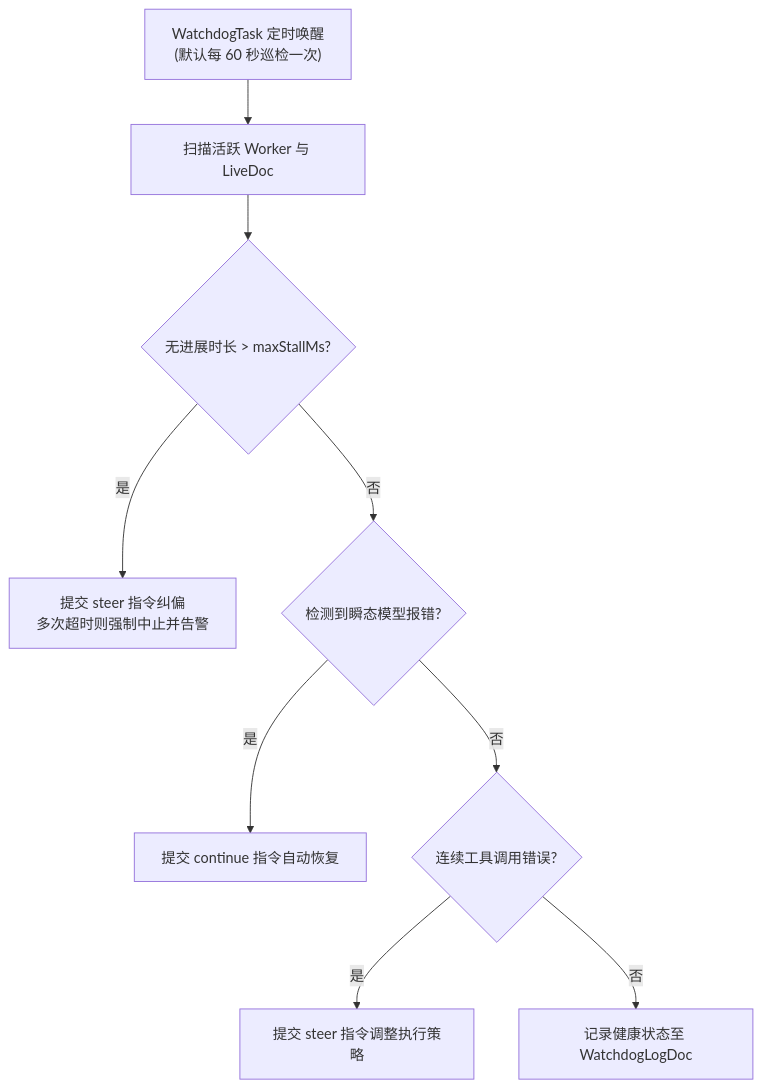
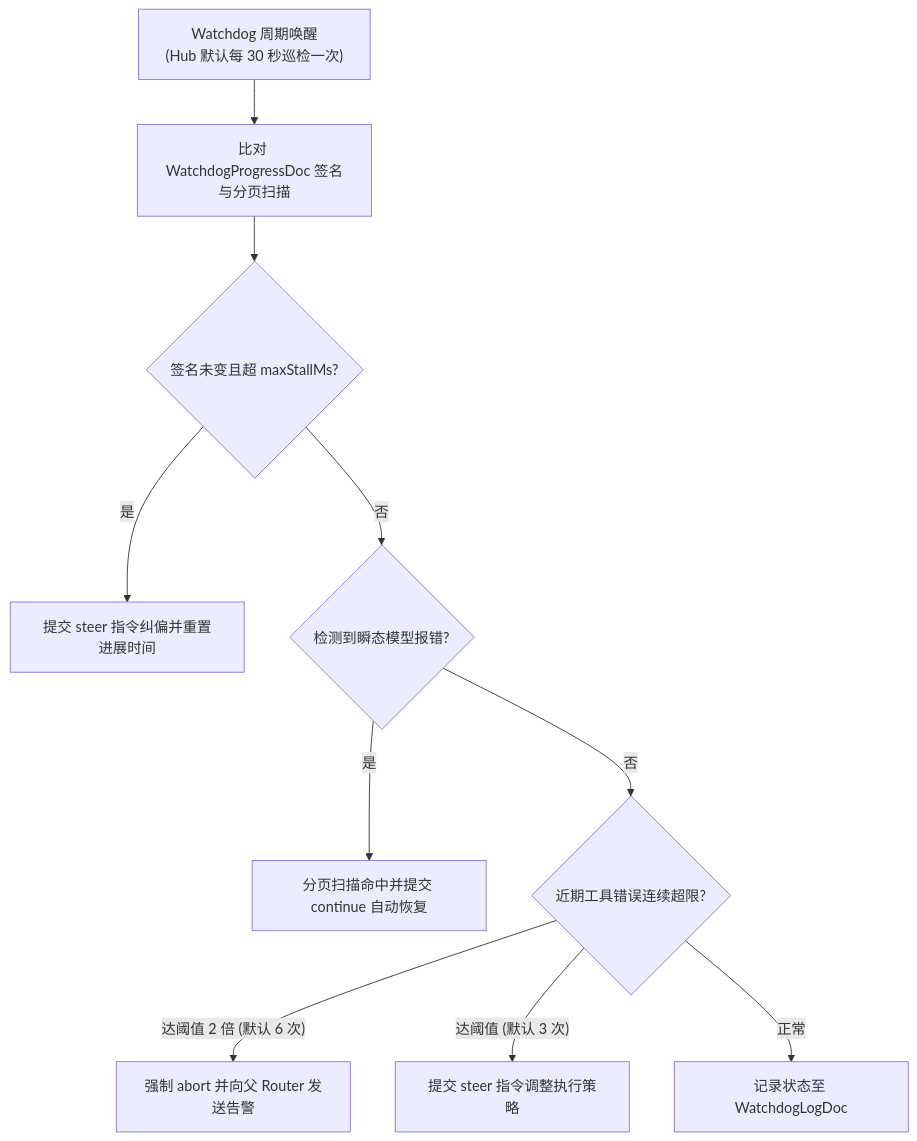
One commit to team4u/botd changed the sixth of 6 diagrams in docs/architecture.md. Above: the diagram before and after it, drawn with Mermaid. The commit also changed other lines of this file and 21 other files, not shown here.

````diff
--- a/docs/architecture.md
+++ b/docs/architecture.md
@@ -374,11 +377,12 @@
 ```mermaid
 flowchart TD
-    Timer["WatchdogTask 定时唤醒<br/>(默认每 60 秒巡检一次)"] --> Scan["扫描活跃 Worker 与 LiveDoc"]
-    Scan --> C1{"无进展时长 > maxStallMs?"}
-    C1 -->|"是"| S1["提交 steer 指令纠偏<br/>多次超时则强制中止并告警"]
+    Timer["Watchdog 周期唤醒<br/>(Hub 默认每 30 秒巡检一次)"] --> Scan["比对 WatchdogProgressDoc 签名与分页扫描"]
+    Scan --> C1{"签名未变且超 maxStallMs?"}
+    C1 -->|"是"| S1["提交 steer 指令纠偏并重置进展时间"]
     C1 -->|"否"| C2{"检测到瞬态模型报错?"}
-    C2 -->|"是"| S2["提交 continue 指令自动恢复"]
-    C2 -->|"否"| C3{"连续工具调用错误?"}
-    C3 -->|"是"| S3["提交 steer 指令调整执行策略"]
-    C3 -->|"否"| Log["记录健康状态至 WatchdogLogDoc"]
+    C2 -->|"是"| S2["分页扫描命中并提交 continue 自动恢复"]
+    C2 -->|"否"| C3{"近期工具错误连续超限?"}
+    C3 -->|"达阈值 2 倍 (默认 6 次)"| S3["强制 abort 并向父 Router 发送告警"]
+    C3 -->|"达阈值 (默认 3 次)"| S4["提交 steer 指令调整执行策略"]
+    C3 -->|"正常"| Log["记录状态至 WatchdogLogDoc"]
 ```
````
